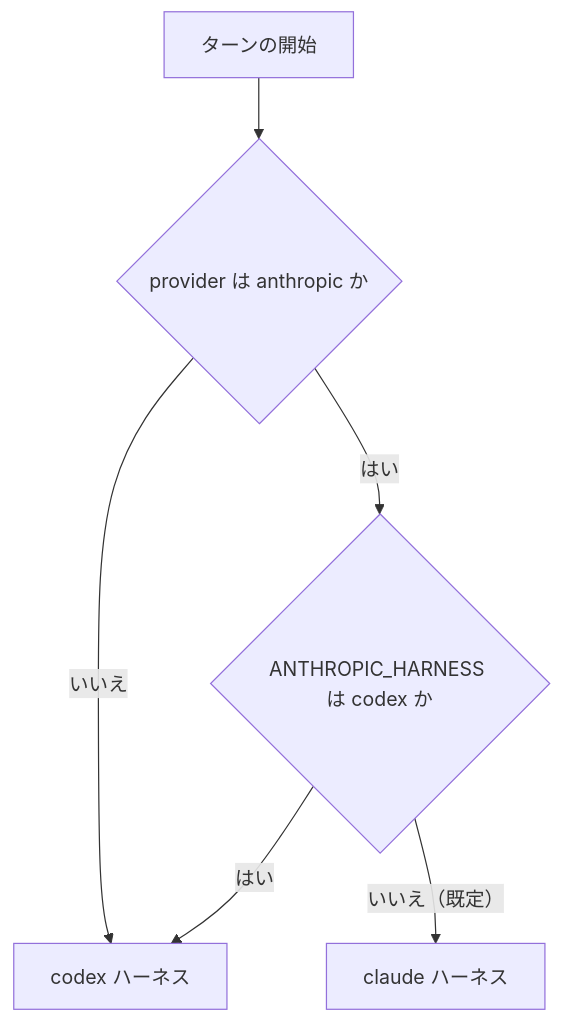
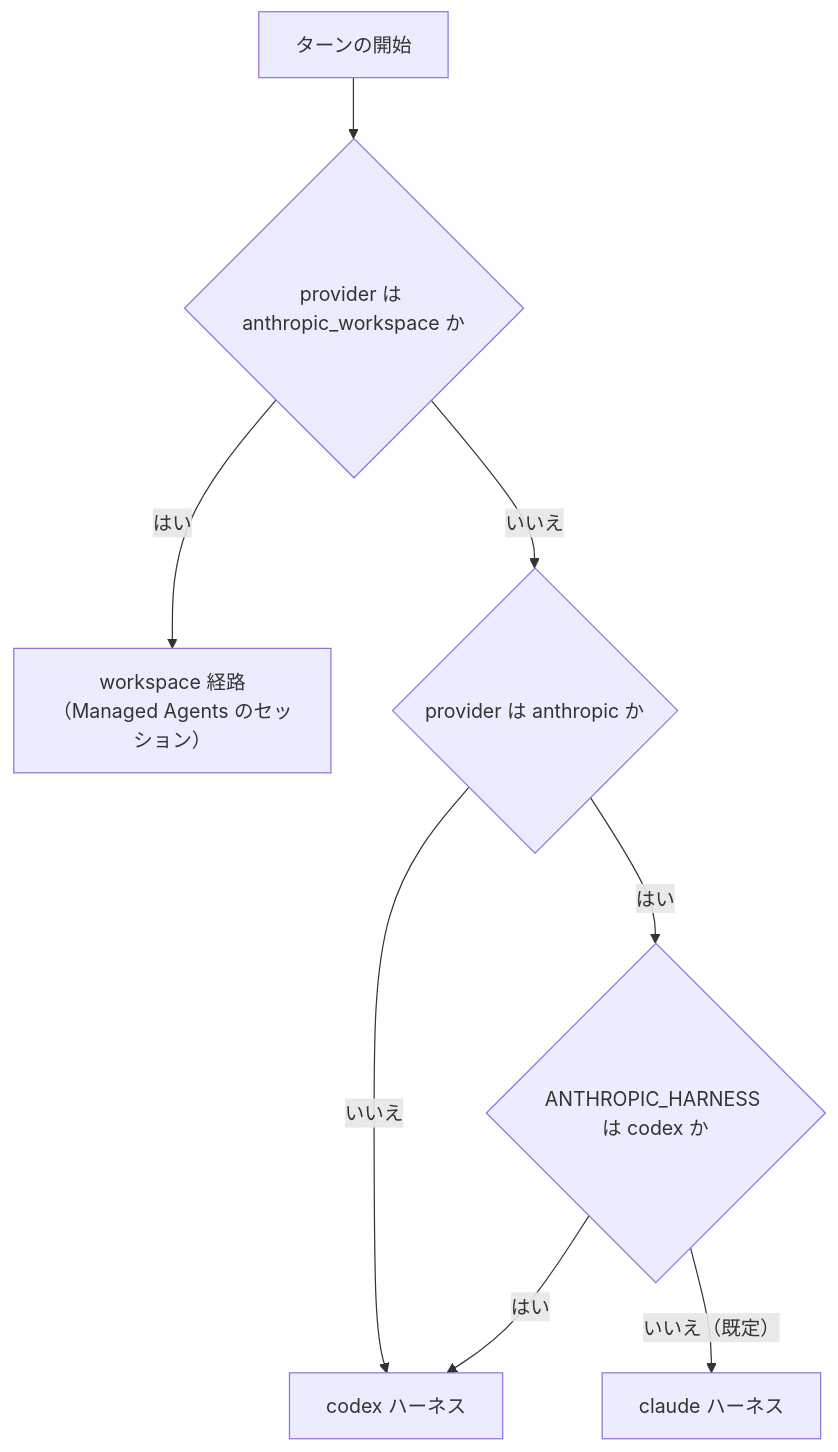
Before and after one commit to hsincode/hibana: the diagram in docs/harness.md, drawn with Mermaid. The commit also changed other lines of this file and 10 other files, not shown here.

First line of the commit message:
docs: Anthropic Workspace の経路・上限・限界を書く（ADR-0011）

````diff
--- a/docs/harness.md
+++ b/docs/harness.md
@@ -11,8 +13,10 @@
 ```mermaid
 flowchart TD
-  T[ターンの開始] --> P{provider は anthropic か}
+  T[ターンの開始] --> W{provider は anthropic_workspace か}
+  W -- はい --> M[workspace 経路（Managed Agents のセッション）]
+  W -- いいえ --> P{provider は anthropic か}
   P -- いいえ --> C[codex ハーネス]
   P -- はい --> F{ANTHROPIC_HARNESS は codex か}
   F -- はい --> C
   F -- いいえ（既定）--> N[claude ハーネス]
 ```
````
